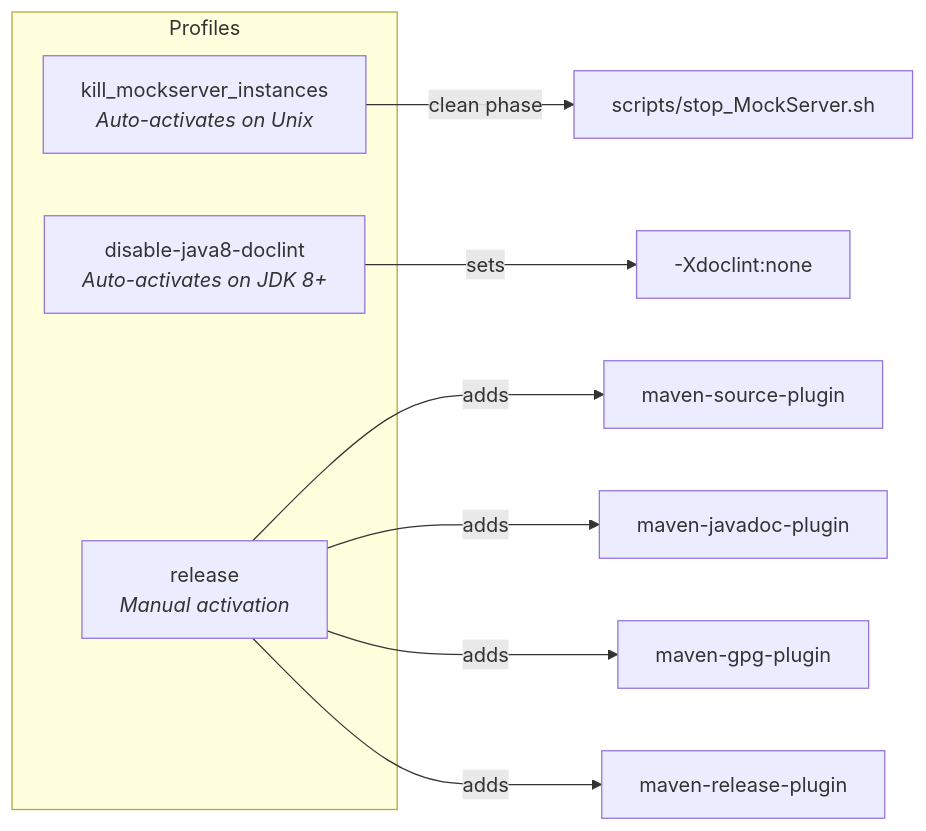
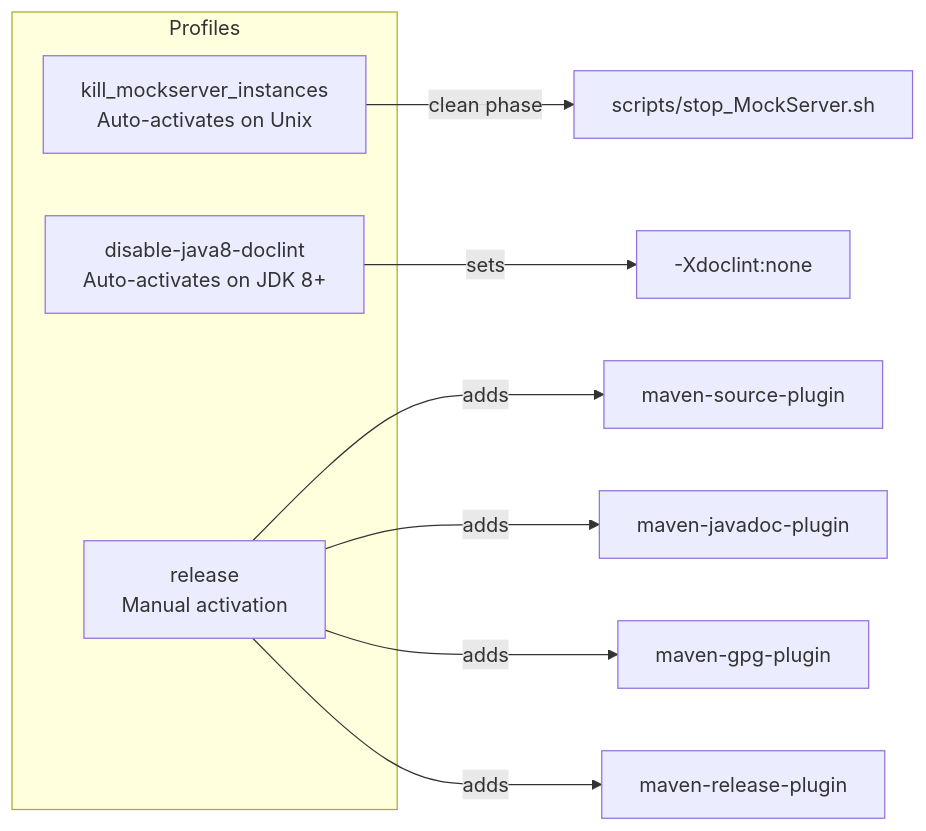
Before and after one commit to mock-server/mockserver: the first of 2 diagrams in docs/operations/build-system.md, drawn with Mermaid. The commit also changed other lines of this file and 21 other files, not shown here.

First line of the commit message:
fix(docs): remove HTML tags from Mermaid diagrams to fix GitHub rendering

````diff
--- a/docs/operations/build-system.md
+++ b/docs/operations/build-system.md
@@ -72,15 +72,18 @@
 ```mermaid
 graph LR
     subgraph "Profiles"
-        KM[kill_mockserver_instances<br/><i>Auto-activates on Unix</i>]
-        DJ[disable-java8-doclint<br/><i>Auto-activates on JDK 8+</i>]
-        RL[release<br/><i>Manual activation</i>]
+        KM["kill_mockserver_instances
+Auto-activates on Unix"]
+        DJ["disable-java8-doclint
+Auto-activates on JDK 8+"]
+        RL["release
+Manual activation"]
     end
 
     KM -->|clean phase| STOP["scripts/stop_MockServer.sh"]
     DJ -->|sets| DOCLINT["-Xdoclint:none"]
     RL -->|adds| SRC[maven-source-plugin]
     RL -->|adds| JD[maven-javadoc-plugin]
     RL -->|adds| GPG[maven-gpg-plugin]
     RL -->|adds| REL[maven-release-plugin]
 ```
````
